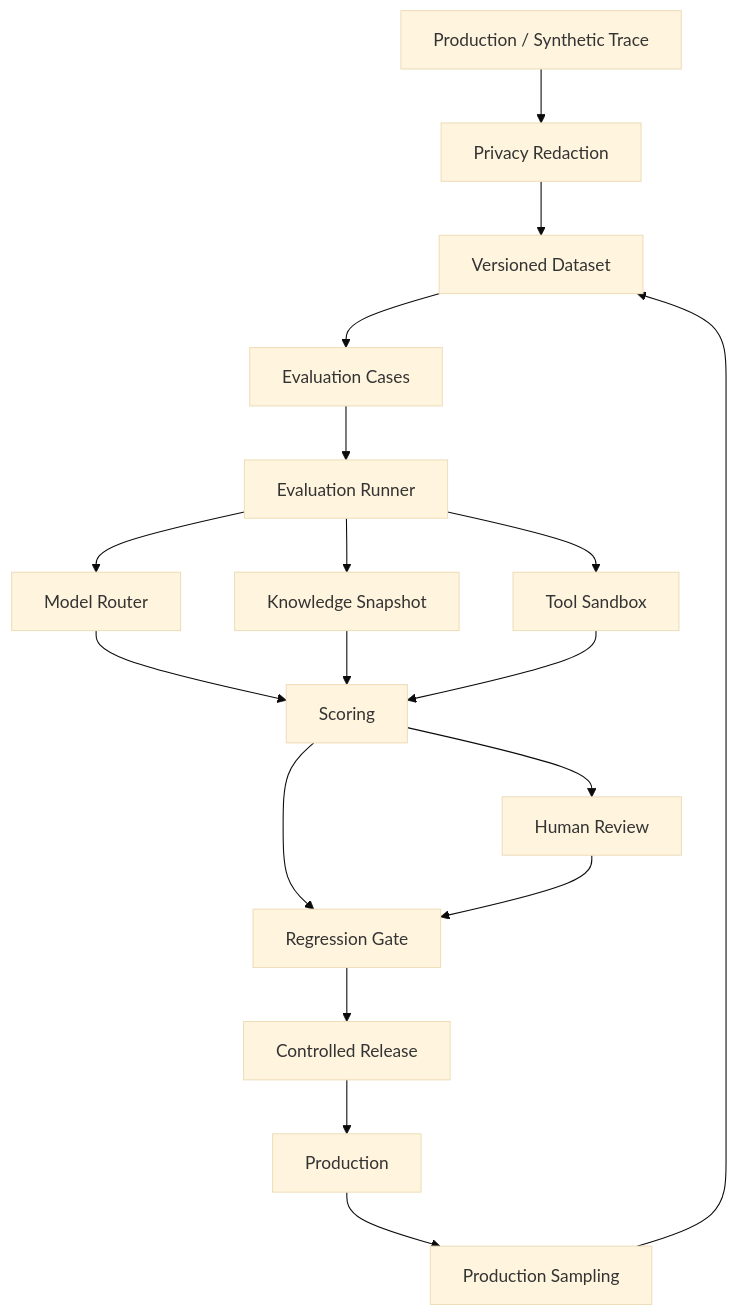
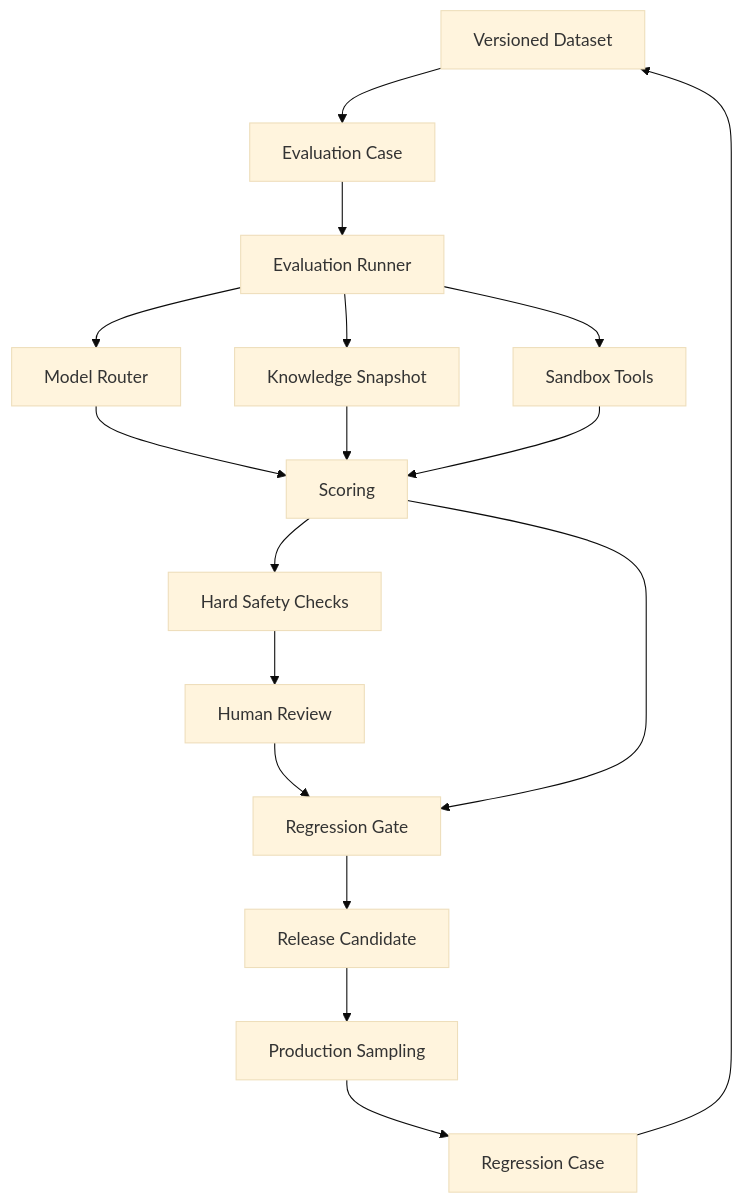
The first of 2 diagrams in docs/ai/evaluation.md (D-engahmed/OMILINKS), drawn with Mermaid (base theme) before and after one commit. The commit also changed other lines of this file and 2 other files, not shown here.

Commit message:
docs: deepen AI guardrail evaluation and cost implementation contracts

````diff
--- a/docs/ai/evaluation.md
+++ b/docs/ai/evaluation.md
@@ -32,20 +64,19 @@
-```mermaid
-flowchart TB
-    TRACE[Production / Synthetic Trace] --> REDACT[Privacy Redaction]
-    REDACT --> DATASET[Versioned Dataset]
-    DATASET --> CASES[Evaluation Cases]
-    CASES --> RUNNER[Evaluation Runner]
-    RUNNER --> ROUTER[Model Router]
-    RUNNER --> KNOW[Knowledge Snapshot]
-    RUNNER --> TOOLS[Tool Sandbox]
-    ROUTER --> SCORE[Scoring]
-    KNOW --> SCORE
-    TOOLS --> SCORE
-    SCORE --> HUMAN[Human Review]
-    SCORE --> GATE[Regression Gate]
-    HUMAN --> GATE
-    GATE --> CANARY[Controlled Release]
-    CANARY --> PROD[Production]
-    PROD --> SAMPLE[Production Sampling]
-    SAMPLE --> DATASET
-```
+~~~mermaid
+flowchart TD
+DATA[Versioned Dataset] --> CASE[Evaluation Case]
+CASE --> RUN[Evaluation Runner]
+RUN --> ROUTE[Model Router]
+RUN --> KNOW[Knowledge Snapshot]
+RUN --> TOOLS[Sandbox Tools]
+ROUTE --> SCORE[Scoring]
+KNOW --> SCORE
+TOOLS --> SCORE
+SCORE --> HARD[Hard Safety Checks]
+HARD --> HUMAN[Human Review]
+HUMAN --> GATE[Regression Gate]
+SCORE --> GATE
+GATE --> RELEASE[Release Candidate]
+RELEASE --> SAMPLE[Production Sampling]
+SAMPLE --> NEWCASE[Regression Case]
+NEWCASE --> DATA
+~~~
````
